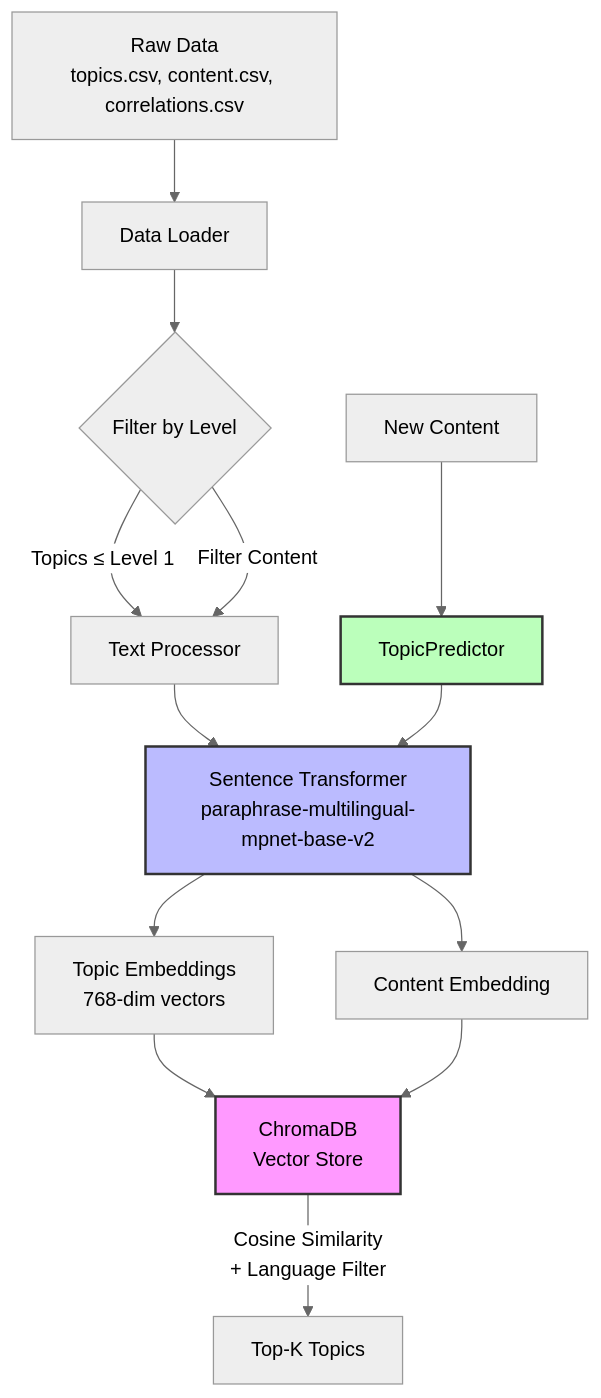
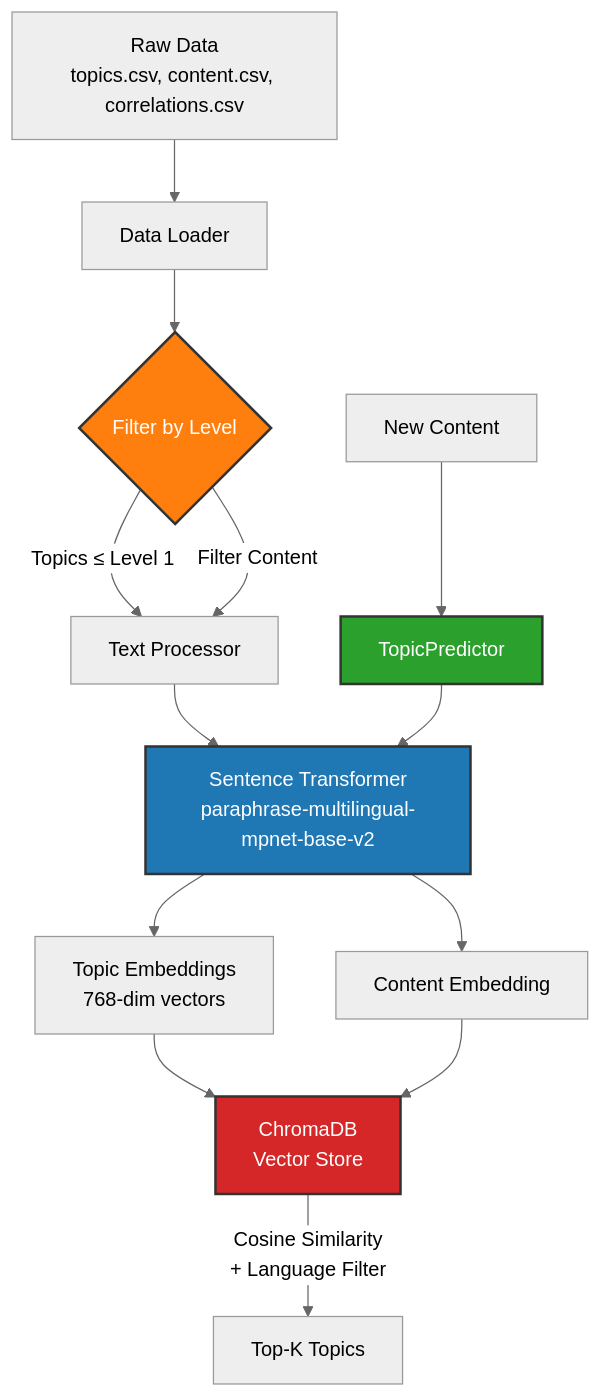
Before and after one commit to nasserboan/topic-classifier: the diagram in README.md, drawn with Mermaid (neutral theme).

Commit message:
:bug: fixing mermaid diagram

````diff
--- a/README.md
+++ b/README.md
@@ -8,20 +8,21 @@
 ```mermaid
 graph TB
     A[Raw Data<br/>topics.csv, content.csv, correlations.csv] --> B[Data Loader]
     B --> C{Filter by Level}
     C -->|Topics ≤ Level 1| D[Text Processor]
     C -->|Filter Content| D
     D --> E[Sentence Transformer<br/>paraphrase-multilingual-mpnet-base-v2]
     E --> F[Topic Embeddings<br/>768-dim vectors]
     F --> G[ChromaDB<br/>Vector Store]
     
     H[New Content] --> I[TopicPredictor]
     I --> E
     E --> J[Content Embedding]
     J --> G
     G -->|Cosine Similarity<br/>+ Language Filter| K[Top-K Topics]
     
-    style G fill:#f9f,stroke:#333,stroke-width:2px
-    style E fill:#bbf,stroke:#333,stroke-width:2px
-    style I fill:#bfb,stroke:#333,stroke-width:2px
+    style G fill:#d62728,stroke:#333,stroke-width:2px,color:#fff
+    style E fill:#1f77b4,stroke:#333,stroke-width:2px,color:#fff
+    style I fill:#2ca02c,stroke:#333,stroke-width:2px,color:#fff
+    style C fill:#ff7f0e,stroke:#333,stroke-width:2px,color:#fff
 ```
````
